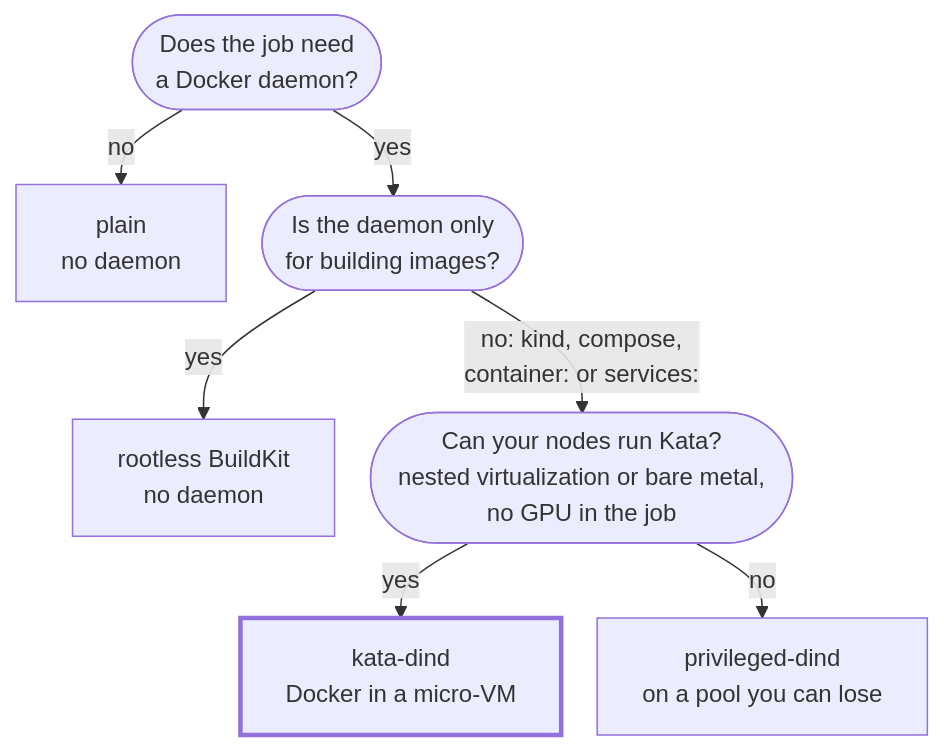
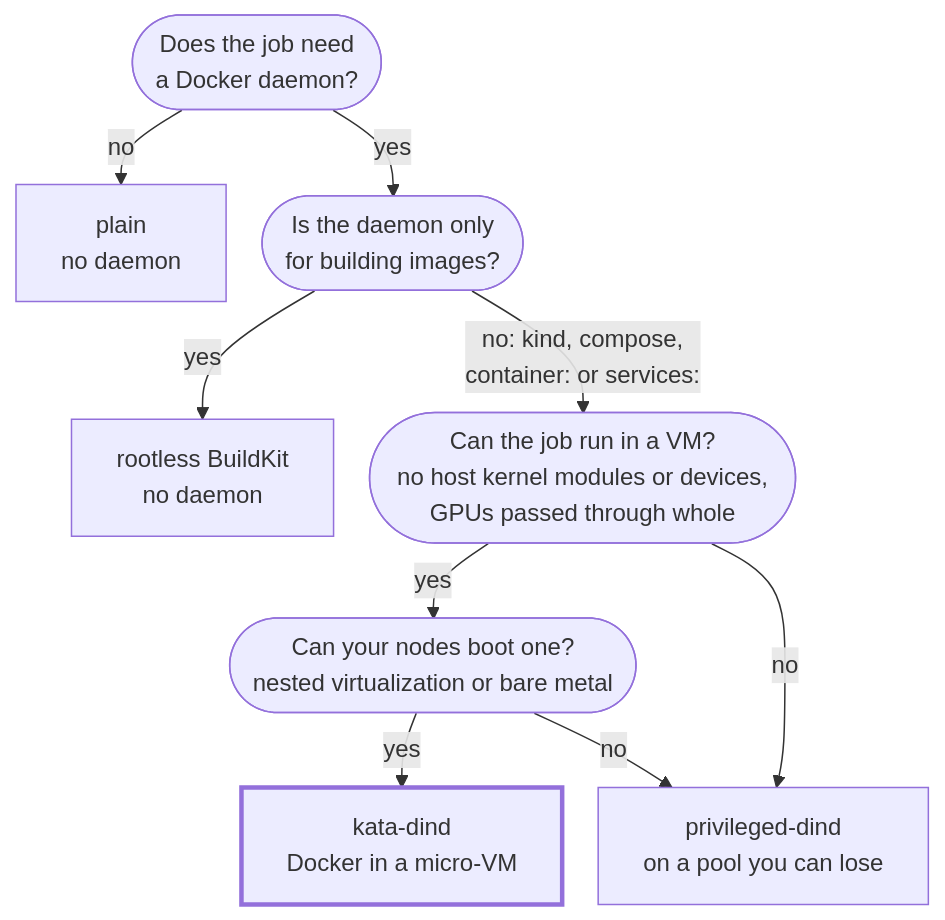
The diagram in docs/worker-isolation.md (actions-gateway/github-actions-gateway), drawn with Mermaid before and after one commit. The commit also changed other lines of this file, not shown here.

Commit message:
docs(site): split the Kata question into job and node, and correct GPU support

````diff
--- a/docs/worker-isolation.md
+++ b/docs/worker-isolation.md
@@ -16,18 +16,21 @@
 ```mermaid
 %%{init: {"flowchart": {"rankSpacing": 26, "nodeSpacing": 24, "wrappingWidth": 280}}}%%
 flowchart TD
     plain["plain<br>no daemon"]
     rootless["rootless BuildKit<br>no daemon"]
     kata["kata-dind<br>Docker in a micro-VM"]
     priv["privileged-dind<br>on a pool you can lose"]
     q1(["Does the job need<br>a Docker daemon?"])
     q2(["Is the daemon only<br>for building images?"])
-    q3(["Can your nodes run Kata?<br>nested virtualization or bare metal,<br>no GPU in the job"])
+    q3(["Can the job run in a VM?<br>no host kernel modules or devices,<br>GPUs passed through whole"])
+    q4(["Can your nodes boot one?<br>nested virtualization or bare metal"])
     q1 -- no --> plain
     q1 -- yes --> q2
     q2 -- yes --> rootless
     q2 -- "no: kind, compose,<br>container: or services:" --> q3
-    q3 -- yes --> kata
+    q3 -- yes --> q4
     q3 -- no --> priv
+    q4 -- yes --> kata
+    q4 -- no --> priv
     style kata stroke-width:3px
 ```
````
